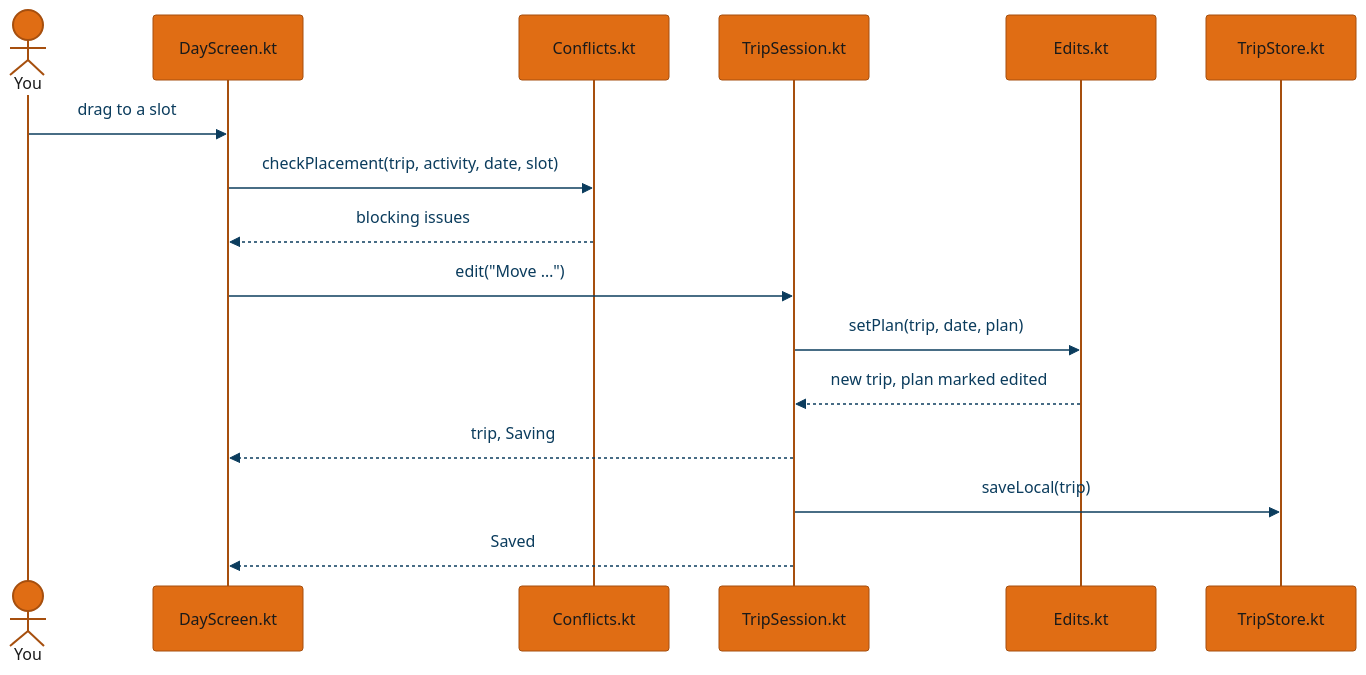
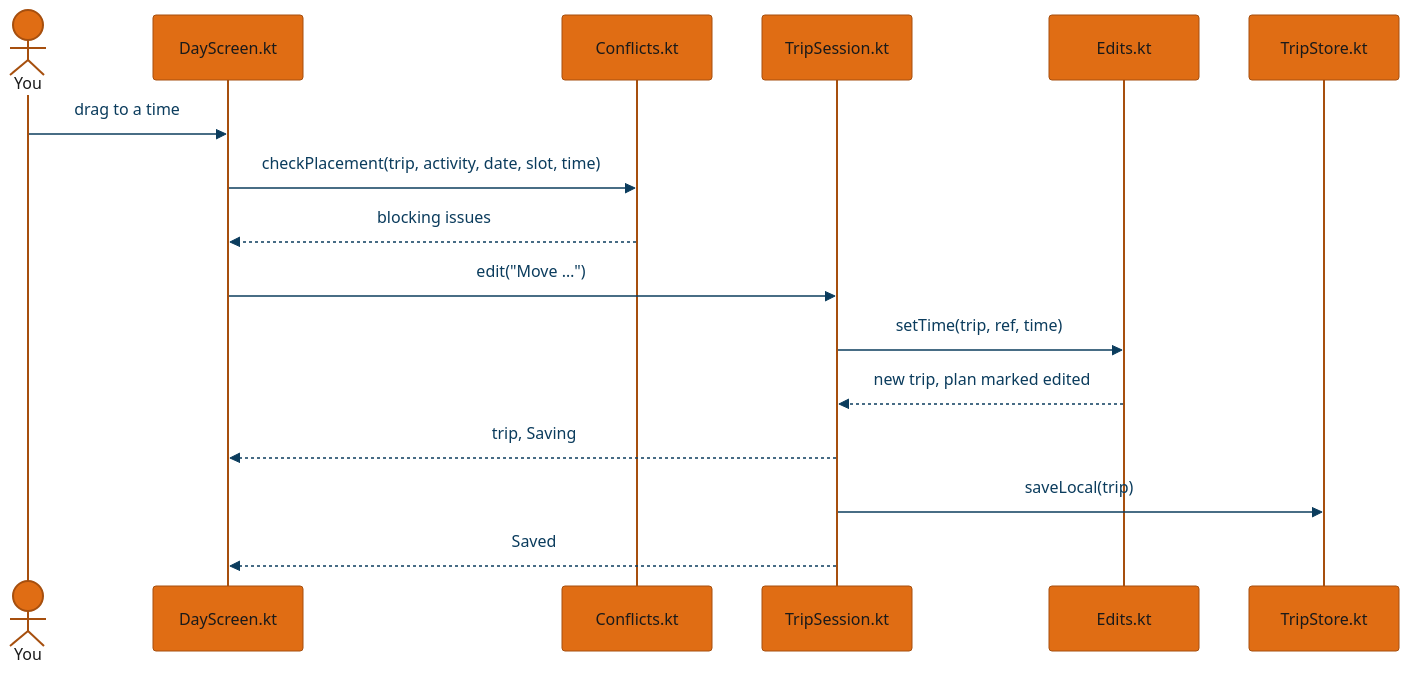
The third of 6 diagrams in docs/visual/workflows.md (Tshort76/traveler), drawn with Mermaid before and after one commit. The commit also changed other lines of this file and 16 other files, not shown here.

````diff
--- a/docs/visual/workflows.md
+++ b/docs/visual/workflows.md
@@ -78,19 +78,19 @@
 ```mermaid
 %%{init: {"theme": "base", "themeVariables": {"fontSize": "14px", "lineColor": "#0B3C5D", "primaryColor": "#1F6F8B", "primaryTextColor": "#FFFFFF", "primaryBorderColor": "#0B3C5D", "clusterBkg": "transparent", "clusterBorder": "#7A8B99", "edgeLabelBackground": "transparent", "actorBkg": "#E06D14", "actorTextColor": "#1A1A1A", "actorBorder": "#A64F0E", "signalColor": "#0B3C5D", "signalTextColor": "#0B3C5D", "labelBoxBkgColor": "#1F6F8B", "labelTextColor": "#FFFFFF"}, "flowchart": {"curve": "basis", "padding": 12}} }%%
 sequenceDiagram
   actor You
   participant D as DayScreen.kt
   participant CF as Conflicts.kt
   participant TS as TripSession.kt
   participant E as Edits.kt
   participant S as TripStore.kt
-  You->>D: drag to a slot
-  D->>CF: checkPlacement(trip, activity, date, slot)
+  You->>D: drag to a time
+  D->>CF: checkPlacement(trip, activity, date, slot, time)
   CF-->>D: blocking issues
   D->>TS: edit("Move …")
-  TS->>E: setPlan(trip, date, plan)
+  TS->>E: setTime(trip, ref, time)
   E-->>TS: new trip, plan marked edited
   TS-->>D: trip, Saving
   TS->>S: saveLocal(trip)
   TS-->>D: Saved
 ```
````
